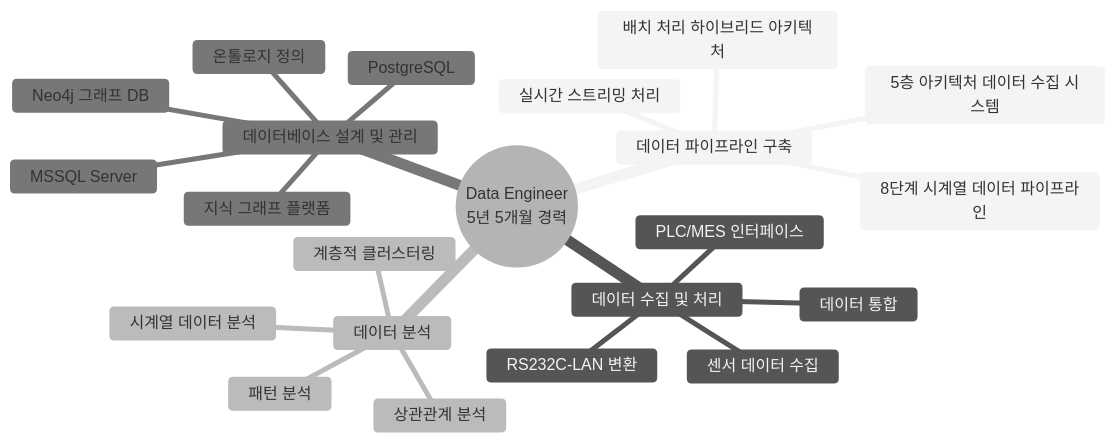
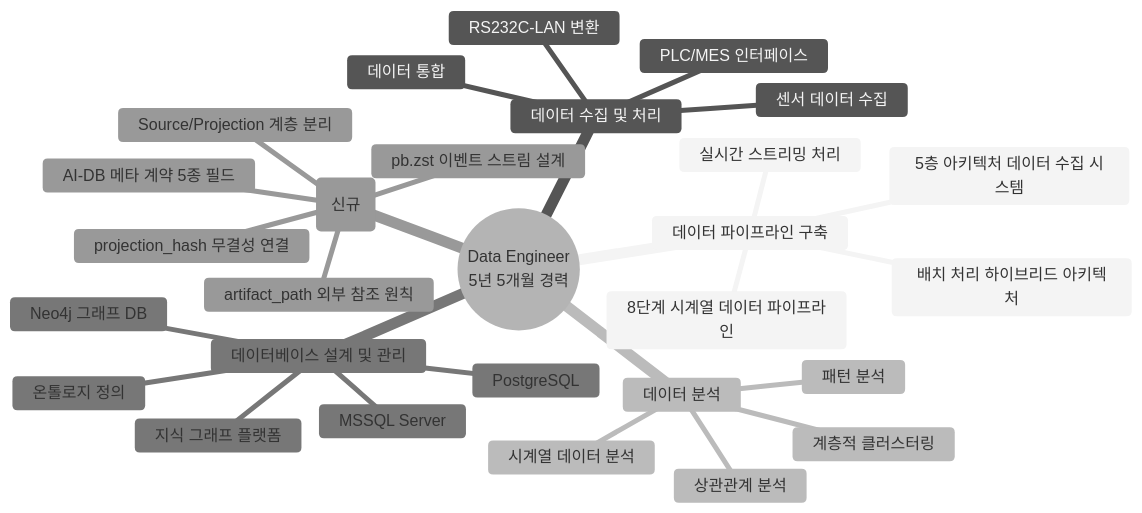
One commit to moobaek/Testing_AI_agents_for_public_use changed the second of 4 diagrams in portfolio/portfolio_docs/resume_generator/assets/일반공개/권순룡_이력서_일반공개_Data_Engineer.md. Above: the diagram before and after it, drawn with Mermaid (neutral theme). The commit also changed other lines of this file and 14 other files, not shown here.

````diff
--- a/portfolio/portfolio_docs/resume_generator/assets/일반공개/권순룡_이력서_일반공개_Data_Engineer.md
+++ b/portfolio/portfolio_docs/resume_generator/assets/일반공개/권순룡_이력서_일반공개_Data_Engineer.md
@@ -64,25 +69,31 @@
 ```mermaid
 mindmap
   root((Data Engineer<br/>5년 5개월 경력))
     데이터 파이프라인 구축
       8단계 시계열 데이터 파이프라인
       5층 아키텍처 데이터 수집 시스템
       실시간 스트리밍 처리
       배치 처리 하이브리드 아키텍처
     데이터 수집 및 처리
       PLC/MES 인터페이스
       RS232C-LAN 변환
       센서 데이터 수집
       데이터 통합
     데이터 분석
       시계열 데이터 분석
       패턴 분석
       상관관계 분석
       계층적 클러스터링
     데이터베이스 설계 및 관리
       Neo4j 그래프 DB
       MSSQL Server
       PostgreSQL
       온톨로지 정의
       지식 그래프 플랫폼
+    v9.0 AI-DB 데이터 구조 (신규)
+      pb.zst 이벤트 스트림 설계
+      Source/Projection 계층 분리
+      AI-DB 메타 계약 5종 필드
+      projection_hash 무결성 연결
+      artifact_path 외부 참조 원칙
 ```
````
